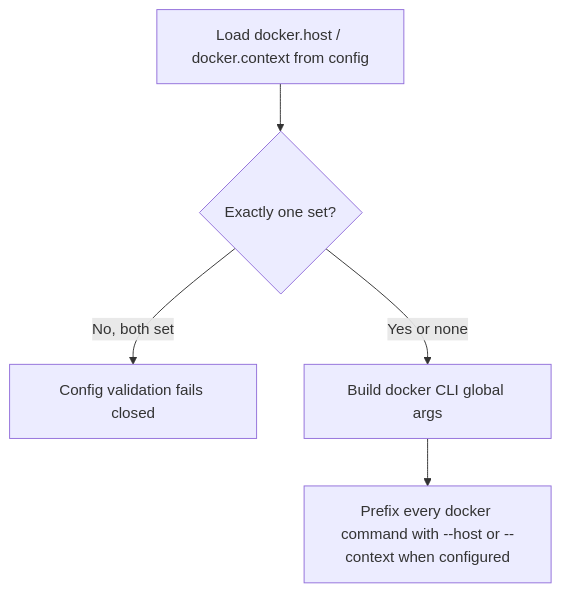
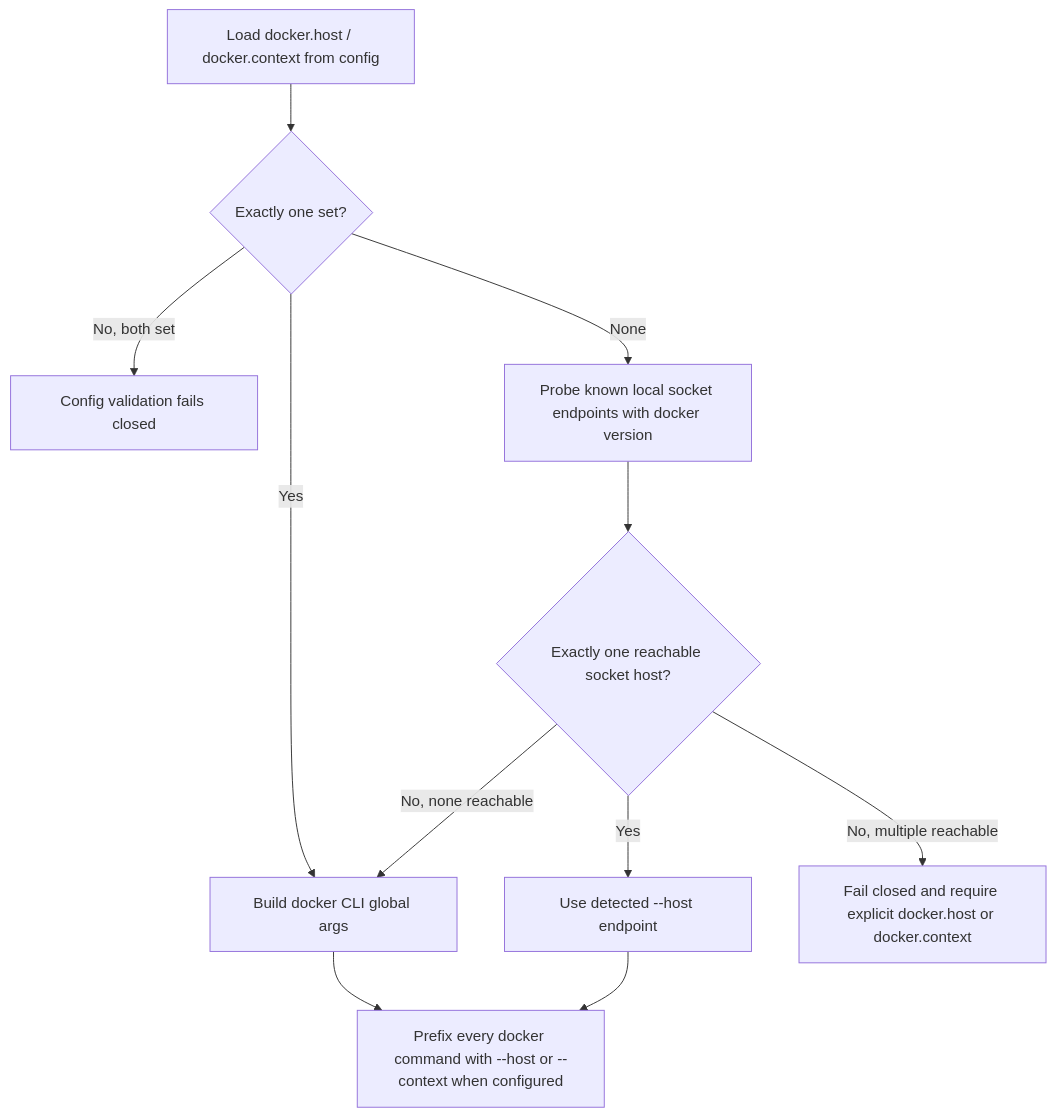
The first of 3 diagrams in flowcharts/docker-backend.md (vivekvedant/prune-guard), drawn with Mermaid before and after one commit. The commit also changed 6 other files, not shown here.

Commit message:
feature(docker): auto-detect socket host fail-closed

````diff
--- a/flowcharts/docker-backend.md
+++ b/flowcharts/docker-backend.md
@@ -7,7 +7,13 @@
 ```mermaid
 flowchart TD
     A[Load docker.host / docker.context from config] --> B{Exactly one set?}
     B -- No, both set --> C[Config validation fails closed]
-    B -- Yes or none --> D[Build docker CLI global args]
+    B -- Yes --> D[Build docker CLI global args]
+    B -- None --> F[Probe known local socket endpoints with docker version]
+    F --> G{Exactly one reachable socket host?}
+    G -- Yes --> H[Use detected --host endpoint]
+    G -- No, none reachable --> D
+    G -- No, multiple reachable --> I[Fail closed and require explicit docker.host or docker.context]
     D --> E[Prefix every docker command with --host or --context when configured]
+    H --> E
 ```
````
